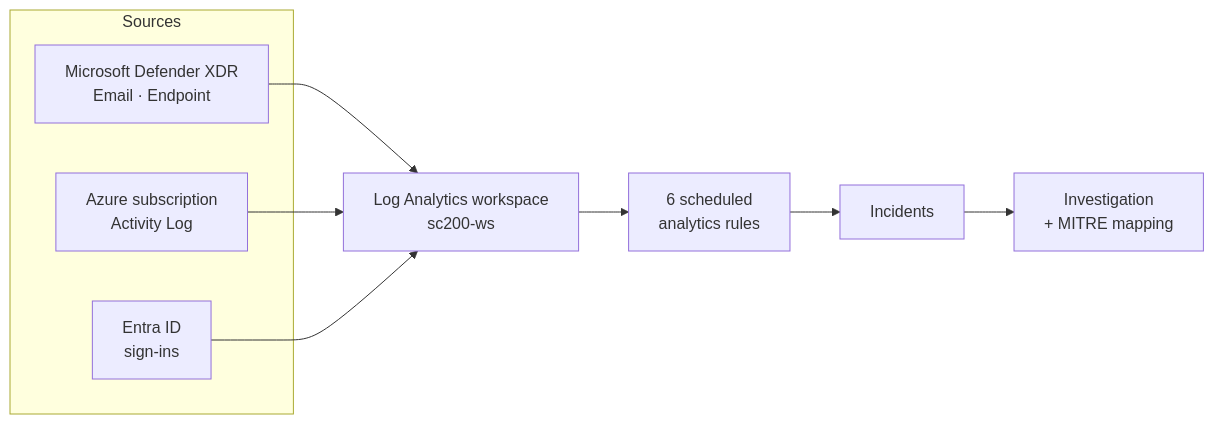
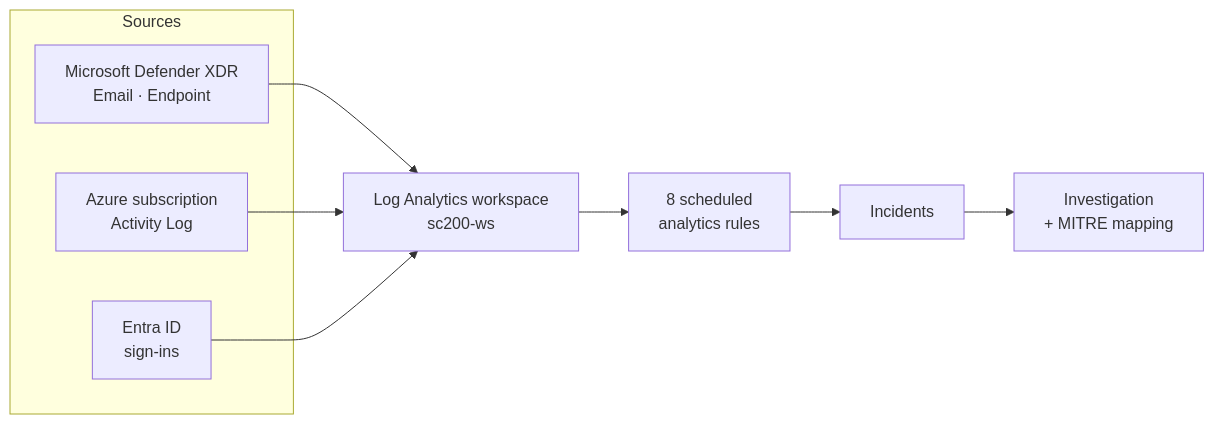
Before and after one commit to ibondarenko1/azure-soc-detection-lab: the second of 2 diagrams in README.md, drawn with Mermaid. The commit also changed other lines of this file and 4 other files, not shown here.

````diff
--- a/README.md
+++ b/README.md
@@ -34,14 +34,14 @@
 ```mermaid
 flowchart LR
   subgraph Sources
     A[Microsoft Defender XDR<br/>Email · Endpoint]
     B[Azure subscription<br/>Activity Log]
     C[Entra ID<br/>sign-ins]
   end
   A --> W[Log Analytics workspace<br/>sc200-ws]
   B --> W
   C --> W
-  W --> R[6 scheduled<br/>analytics rules]
+  W --> R[8 scheduled<br/>analytics rules]
   R --> I[Incidents]
   I --> V[Investigation<br/>+ MITRE mapping]
 ```
````
